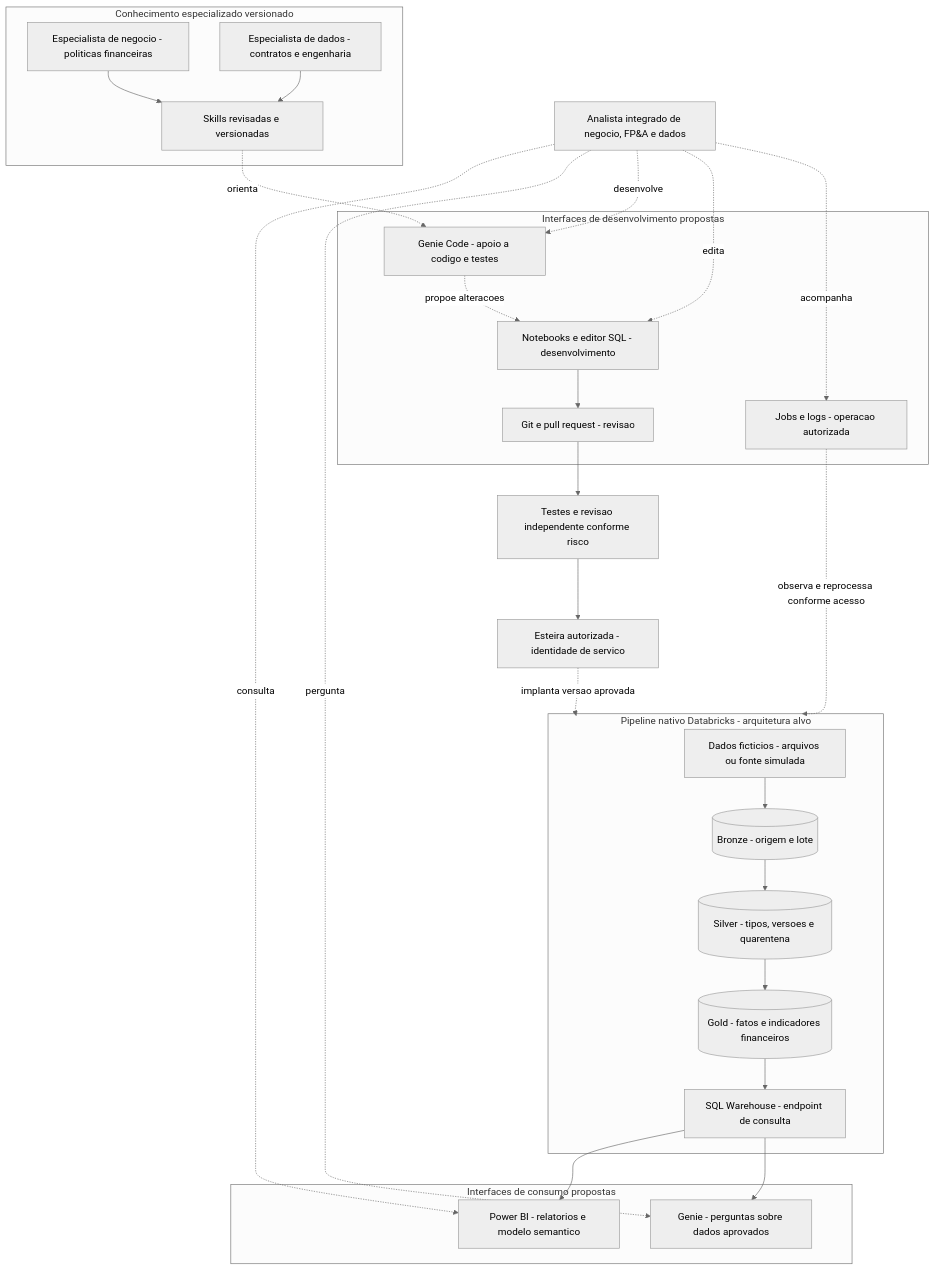
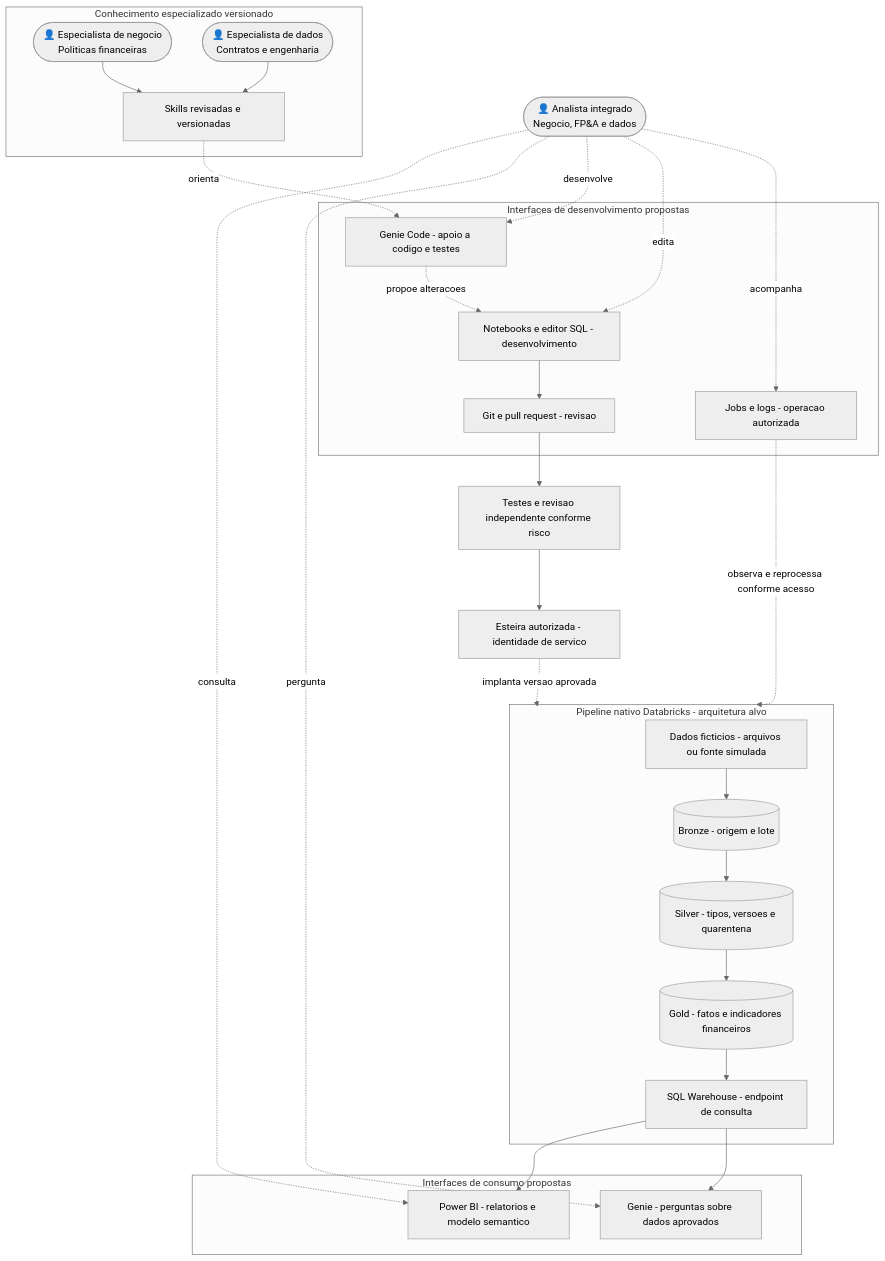
The first of 2 diagrams in databricks-pipeline-template/docs/ARCHITECTURE_AND_ROLES.md (denisisikawa/business-science-lab), drawn with Mermaid (neutral theme) before and after one commit. The commit also changed other lines of this file and 2 other files, not shown here.

````diff
--- a/databricks-pipeline-template/docs/ARCHITECTURE_AND_ROLES.md
+++ b/databricks-pipeline-template/docs/ARCHITECTURE_AND_ROLES.md
@@ -13,42 +15,42 @@
 ```mermaid
 flowchart TB
-    A[Analista integrado de negocio, FP&A e dados]
+    A(["👤 Analista integrado<br/>Negocio, FP&A e dados"])
     subgraph UI[Interfaces de consumo propostas]
         PBI[Power BI - relatorios e modelo semantico]
         GEN[Genie - perguntas sobre dados aprovados]
     end
     subgraph DEV[Interfaces de desenvolvimento propostas]
         CODE[Genie Code - apoio a codigo e testes]
         EDIT[Notebooks e editor SQL - desenvolvimento]
         PR[Git e pull request - revisao]
         OPS[Jobs e logs - operacao autorizada]
     end
     subgraph RULES[Conhecimento especializado versionado]
-        BUS[Especialista de negocio - politicas financeiras]
-        DATA[Especialista de dados - contratos e engenharia]
+        BUS(["👤 Especialista de negocio<br/>Politicas financeiras"])
+        DATA(["👤 Especialista de dados<br/>Contratos e engenharia"])
         SK[Skills revisadas e versionadas]
         BUS --> SK
         DATA --> SK
     end
     subgraph PIPE[Pipeline nativo Databricks - arquitetura alvo]
         SRC[Dados ficticios - arquivos ou fonte simulada]
         B[(Bronze - origem e lote)]
         S[(Silver - tipos, versoes e quarentena)]
         G[(Gold - fatos e indicadores financeiros)]
         WH[SQL Warehouse - endpoint de consulta]
         SRC --> B --> S --> G --> WH
     end
     A -. consulta .-> PBI
     A -. pergunta .-> GEN
     A -. desenvolve .-> CODE
     A -. edita .-> EDIT
     A -. acompanha .-> OPS
     SK -. orienta .-> CODE
     CODE -. propoe alteracoes .-> EDIT
     EDIT --> PR --> GATE[Testes e revisao independente conforme risco]
     GATE --> RELEASE[Esteira autorizada - identidade de servico]
     RELEASE -. implanta versao aprovada .-> PIPE
     OPS -. observa e reprocessa conforme acesso .-> PIPE
     WH --> PBI
     WH --> GEN
 ```
````
